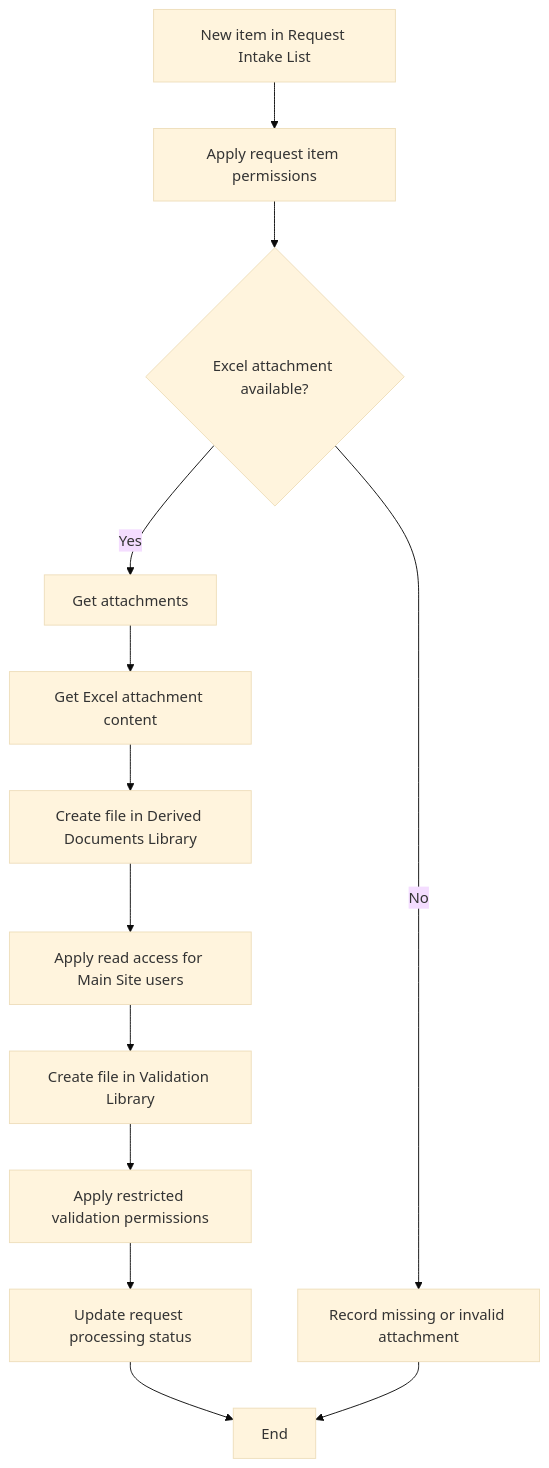
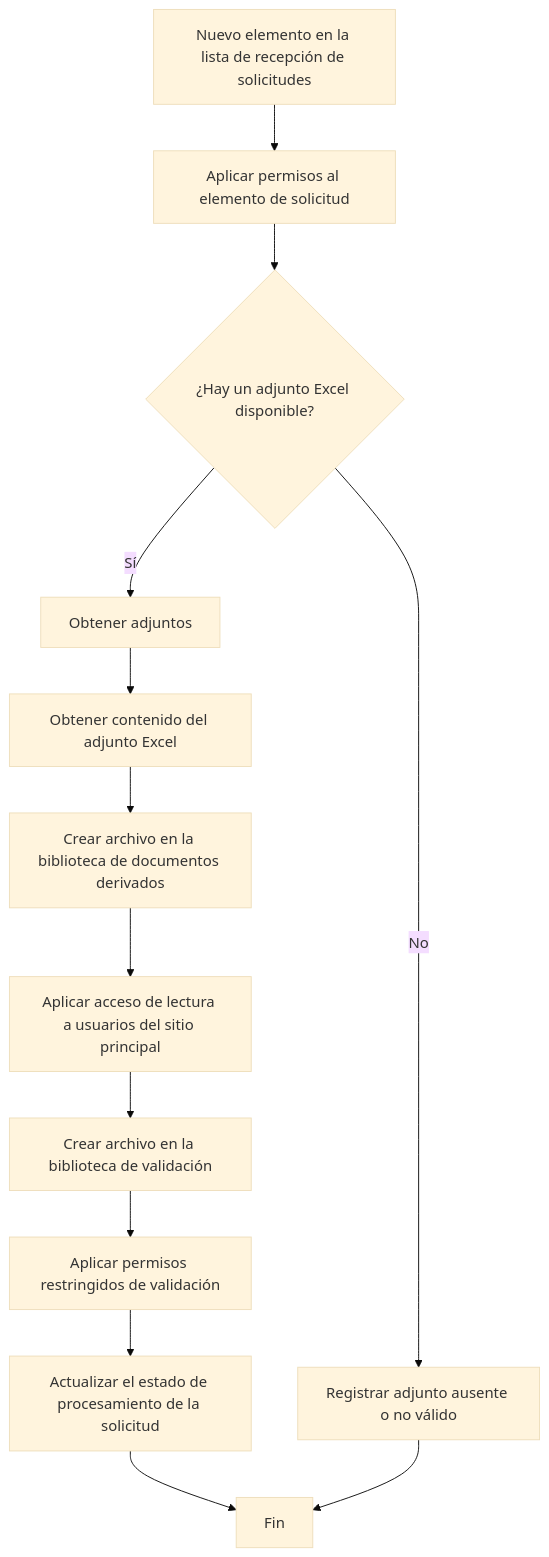
One commit to smartinmunoz/power-platform-portfolio-es changed the diagram in Power-Automate/SharePoint-Excel-Automation/flows/FL01-demo/README.md. Above: the diagram before and after it, drawn with Mermaid (base theme). The commit also changed other lines of this file, not shown here.

````diff
--- a/Power-Automate/SharePoint-Excel-Automation/flows/FL01-demo/README.md
+++ b/Power-Automate/SharePoint-Excel-Automation/flows/FL01-demo/README.md
@@ -13,28 +13,28 @@
 ```mermaid
 flowchart TD
-    A["New item in Request Intake List"]
-    B["Apply request item permissions"]
-    C{"Excel attachment available?"}
-    D["Get attachments"]
-    E["Get Excel attachment content"]
-    F["Create file in Derived Documents Library"]
-    G["Apply read access for Main Site users"]
-    H["Create file in Validation Library"]
-    I["Apply restricted validation permissions"]
-    J["Update request processing status"]
-    K["End"]
-    L["Record missing or invalid attachment"]
+    A["Nuevo elemento en la lista de recepción de solicitudes"]
+    B["Aplicar permisos al elemento de solicitud"]
+    C{"¿Hay un adjunto Excel disponible?"}
+    D["Obtener adjuntos"]
+    E["Obtener contenido del adjunto Excel"]
+    F["Crear archivo en la biblioteca de documentos derivados"]
+    G["Aplicar acceso de lectura a usuarios del sitio principal"]
+    H["Crear archivo en la biblioteca de validación"]
+    I["Aplicar permisos restringidos de validación"]
+    J["Actualizar el estado de procesamiento de la solicitud"]
+    K["Fin"]
+    L["Registrar adjunto ausente o no válido"]
 
     A --> B
     B --> C
-    C -->|Yes| D
+    C -->|Sí| D
     D --> E
     E --> F
     F --> G
     G --> H
     H --> I
     I --> J
     J --> K
     C -->|No| L
     L --> K
 ```
````
